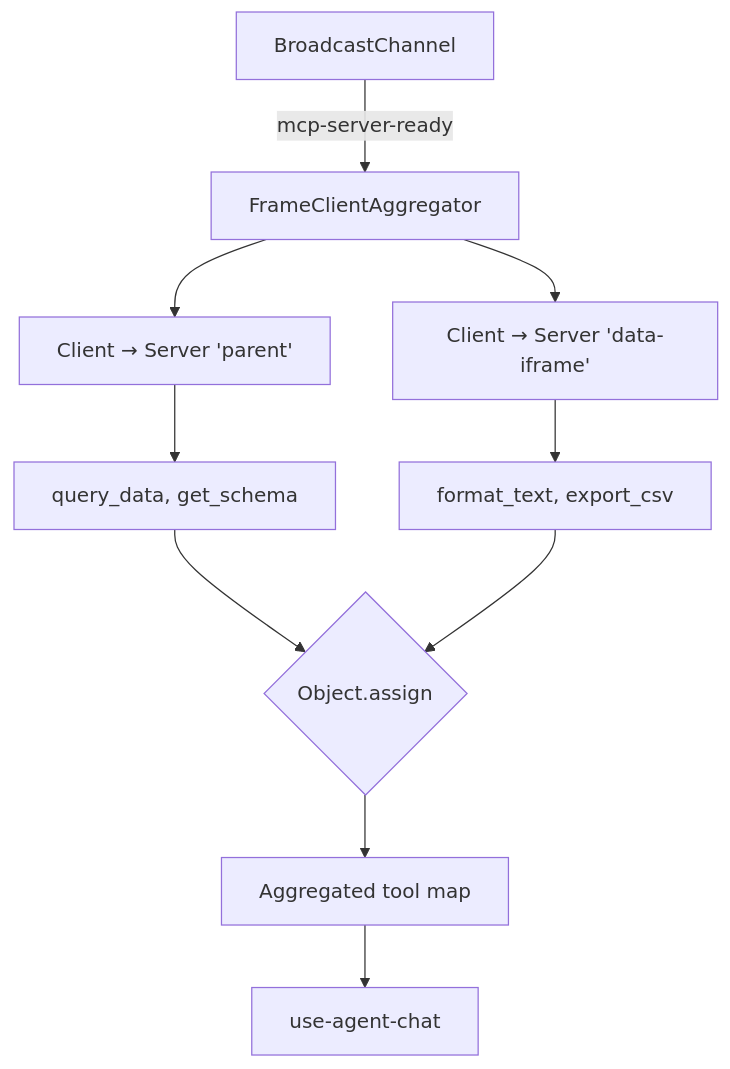
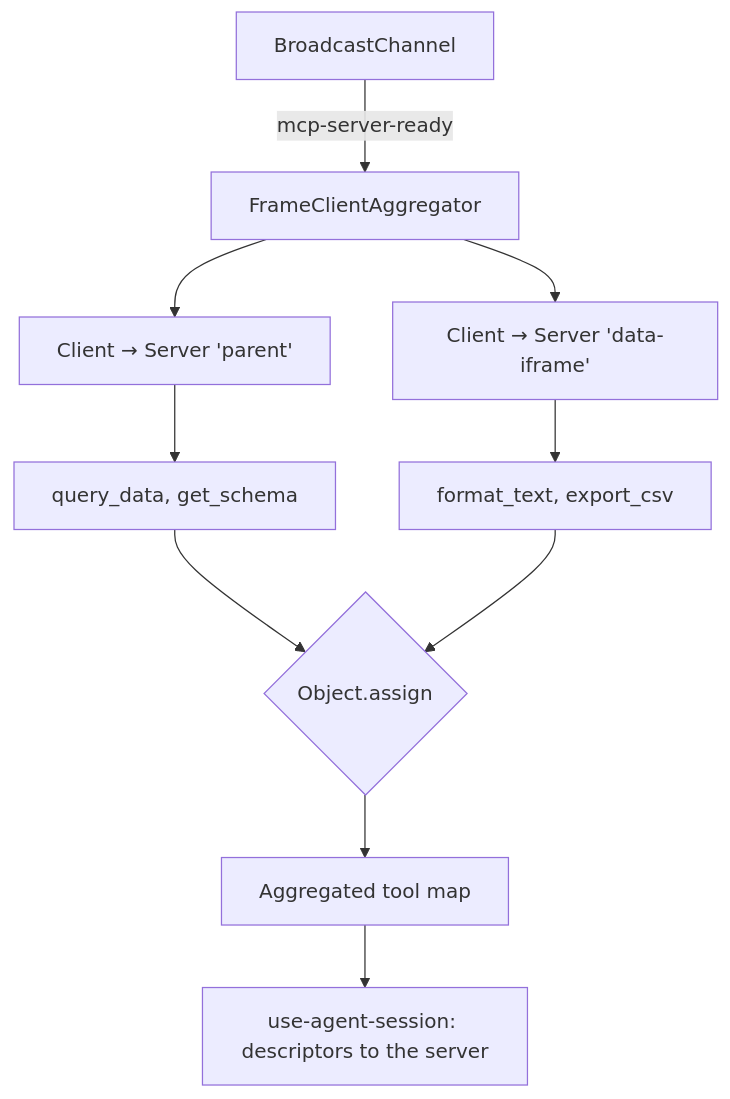
The third of 4 diagrams in docs/architecture/mcp-tools.md (data-fair/agents), drawn with Mermaid before and after one commit. The commit also changed other lines of this file and 696 other files, not shown here.

````diff
--- a/docs/architecture/mcp-tools.md
+++ b/docs/architecture/mcp-tools.md
@@ -146,15 +159,15 @@
 ```mermaid
 flowchart TB
   BC[BroadcastChannel] -->|mcp-server-ready| Agg[FrameClientAggregator]
   
   Agg --> C1[Client → Server 'parent']
   Agg --> C2[Client → Server 'data-iframe']
   
   C1 --> T1[query_data, get_schema]
   C2 --> T2[format_text, export_csv]
   
   T1 --> Merge{Object.assign}
   T2 --> Merge
   Merge --> Tools[Aggregated tool map]
-  Tools --> Chat[use-agent-chat]
+  Tools --> Sess[use-agent-session: descriptors to the server]
 ```
````
